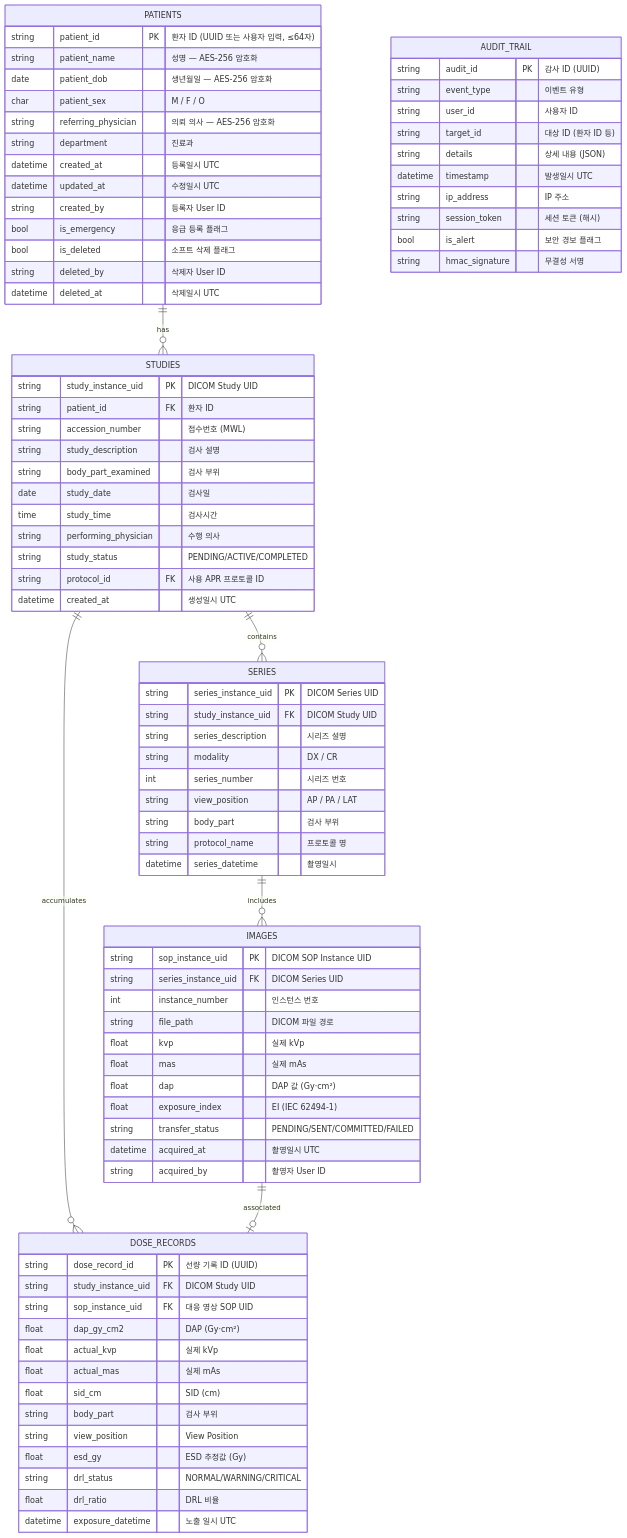
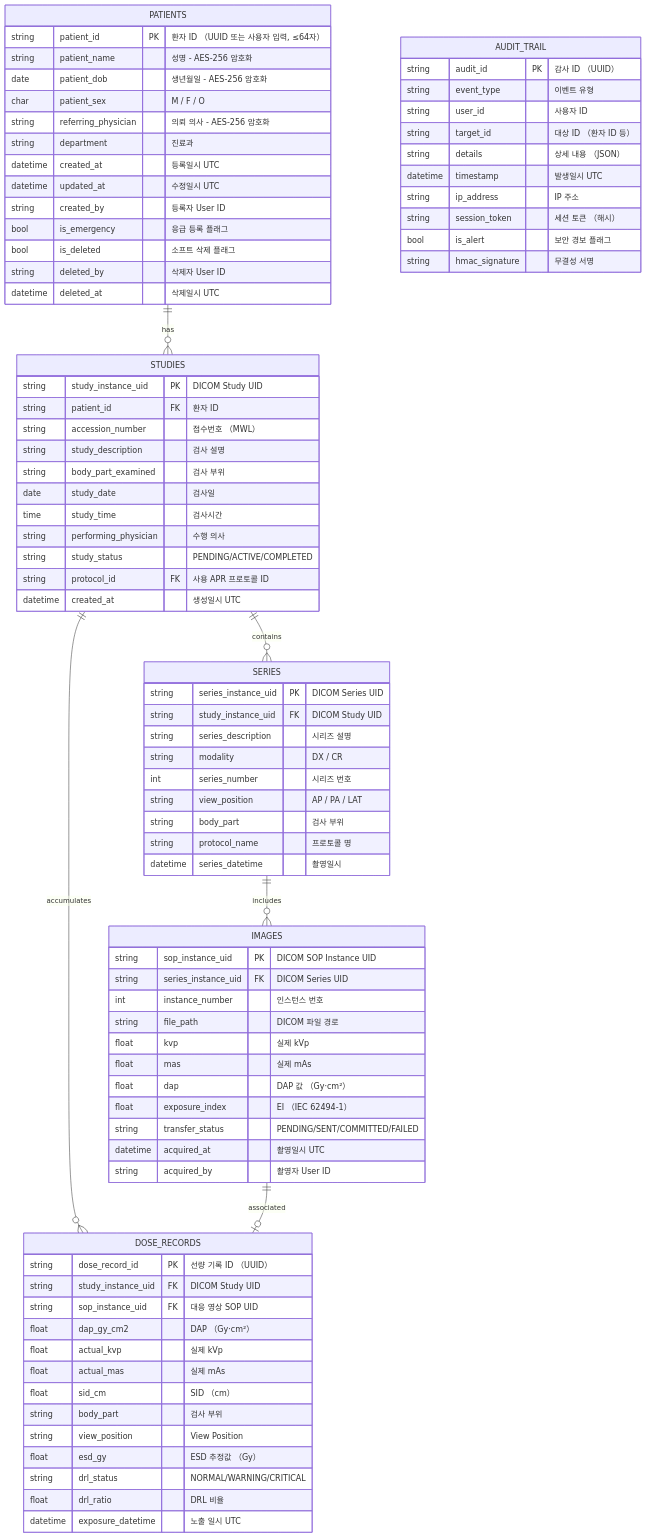
One commit to holee9/console-gui changed diagram 20 of 23 in docs/planning/DOC-007_SDS_v1.0.md. Above: the diagram before and after it, drawn with Mermaid. The commit also changed 19 other files, not shown here.

First line of the commit message:
fix: quadrantChart/pie/timeline 등 비flowchart 차트 파싱 오류 전면 수정

````diff
--- a/docs/planning/DOC-007_SDS_v1.0.md
+++ b/docs/planning/DOC-007_SDS_v1.0.md
@@ -1643,11 +1643,11 @@
 ```mermaid
 erDiagram
     PATIENTS {
-        string patient_id PK "환자 ID (UUID 또는 사용자 입력, ≤64자)"
-        string patient_name "성명 — AES-256 암호화"
-        date patient_dob "생년월일 — AES-256 암호화"
+        string patient_id PK "환자 ID （UUID 또는 사용자 입력, ≤64자）"
+        string patient_name "성명 - AES-256 암호화"
+        date patient_dob "생년월일 - AES-256 암호화"
         char patient_sex "M / F / O"
-        string referring_physician "의뢰 의사 — AES-256 암호화"
+        string referring_physician "의뢰 의사 - AES-256 암호화"
         string department "진료과"
         datetime created_at "등록일시 UTC"
         datetime updated_at "수정일시 UTC"
@@ -1661,7 +1661,7 @@
     STUDIES {
         string study_instance_uid PK "DICOM Study UID"
         string patient_id FK "환자 ID"
-        string accession_number "접수번호 (MWL)"
+        string accession_number "접수번호 （MWL）"
         string study_description "검사 설명"
         string body_part_examined "검사 부위"
         date study_date "검사일"
@@ -1691,38 +1691,38 @@
         string file_path "DICOM 파일 경로"
         float kvp "실제 kVp"
         float mas "실제 mAs"
-        float dap "DAP 값 (Gy·cm²)"
-        float exposure_index "EI (IEC 62494-1)"
+        float dap "DAP 값 （Gy·cm²）"
+        float exposure_index "EI （IEC 62494-1）"
         string transfer_status "PENDING/SENT/COMMITTED/FAILED"
         datetime acquired_at "촬영일시 UTC"
         string acquired_by "촬영자 User ID"
     }
 
     DOSE_RECORDS {
-        string dose_record_id PK "선량 기록 ID (UUID)"
+        string dose_record_id PK "선량 기록 ID （UUID）"
         string study_instance_uid FK "DICOM Study UID"
         string sop_instance_uid FK "대응 영상 SOP UID"
-        float dap_gy_cm2 "DAP (Gy·cm²)"
+        float dap_gy_cm2 "DAP （Gy·cm²）"
         float actual_kvp "실제 kVp"
         float actual_mas "실제 mAs"
-        float sid_cm "SID (cm)"
+        float sid_cm "SID （cm）"
         string body_part "검사 부위"
         string view_position "View Position"
-        float esd_gy "ESD 추정값 (Gy)"
+        float esd_gy "ESD 추정값 （Gy）"
         string drl_status "NORMAL/WARNING/CRITICAL"
         float drl_ratio "DRL 비율"
         datetime exposure_datetime "노출 일시 UTC"
     }
 
     AUDIT_TRAIL {
-        string audit_id PK "감사 ID (UUID)"
+        string audit_id PK "감사 ID （UUID）"
         string event_type "이벤트 유형"
         string user_id "사용자 ID"
-        string target_id "대상 ID (환자 ID 등)"
-        string details "상세 내용 (JSON)"
+        string target_id "대상 ID （환자 ID 등）"
+        string details "상세 내용 （JSON）"
         datetime timestamp "발생일시 UTC"
         string ip_address "IP 주소"
-        string session_token "세션 토큰 (해시)"
+        string session_token "세션 토큰 （해시）"
         bool is_alert "보안 경보 플래그"
         string hmac_signature "무결성 서명"
     }
````
